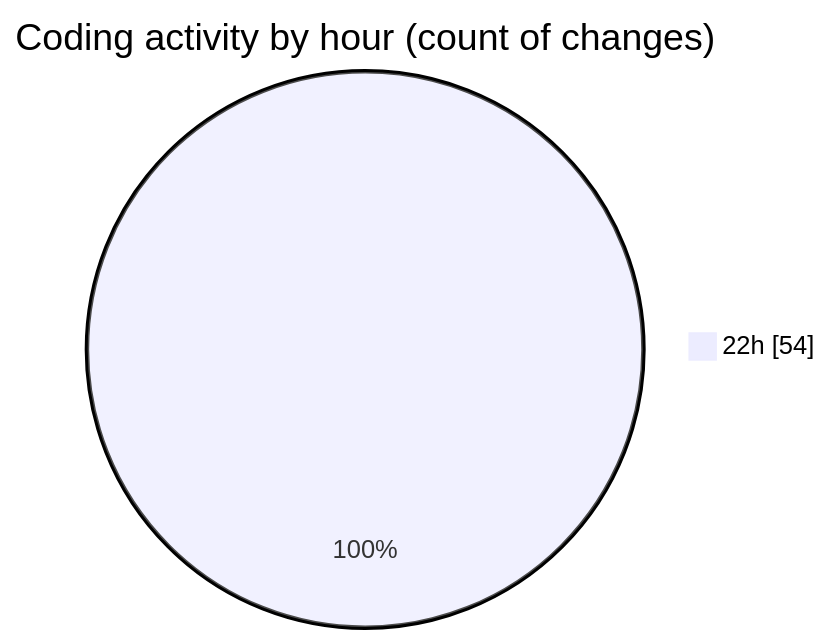
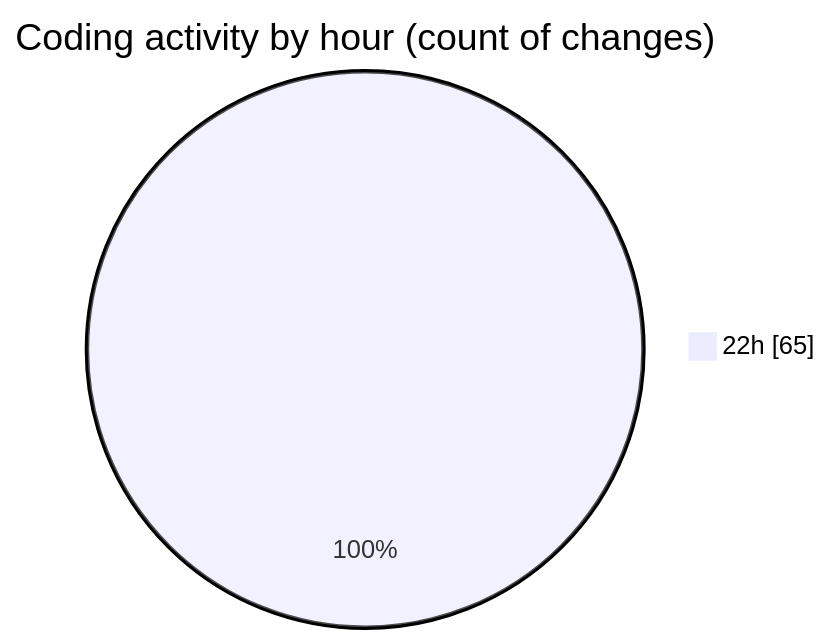
The second of 2 diagrams in 2025-10-07/url-shortener/README.md (Ritupan-Deka/code-tracking), drawn with Mermaid before and after one commit. The commit also changed other lines of this file and 1 other file, not shown here.

````diff
--- a/2025-10-07/url-shortener/README.md
+++ b/2025-10-07/url-shortener/README.md
@@ -30,5 +32,5 @@
 ```mermaid
 pie showData
 title Coding activity by hour (count of changes)
-"22h" : 54
+"22h" : 65
 ```
````
